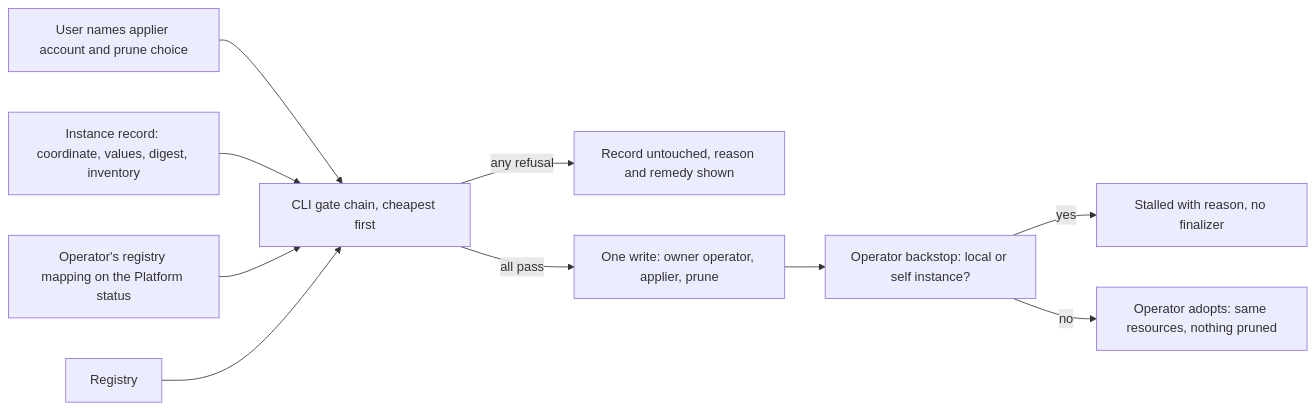
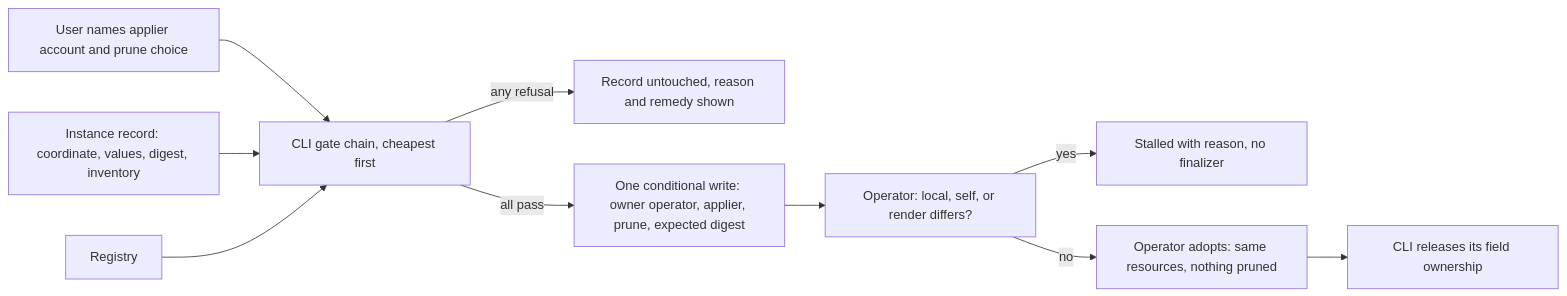
The diagram in 0029/README.md (open-platform-model/enhancements), drawn with Mermaid before and after one commit. The commit also changed other lines of this file and 9 other files, not shown here.

````diff
--- a/0029/README.md
+++ b/0029/README.md
@@ -30,12 +32,12 @@
 ```mermaid
 flowchart LR
     user["User names applier account and prune choice"] --> gates
     record["Instance record: coordinate, values, digest, inventory"] --> gates
-    report["Operator's registry mapping on the Platform status"] --> gates
     registry["Registry"] --> gates
     gates["CLI gate chain, cheapest first"] -->|"any refusal"| untouched["Record untouched, reason and remedy shown"]
-    gates -->|"all pass"| write["One write: owner operator, applier, prune"]
-    write --> backstop["Operator backstop: local or self instance?"]
+    gates -->|"all pass"| write["One conditional write: owner operator, applier, prune, expected digest"]
+    write --> backstop["Operator: local, self, or render differs?"]
     backstop -->|"yes"| stalled["Stalled with reason, no finalizer"]
     backstop -->|"no"| adopt["Operator adopts: same resources, nothing pruned"]
+    adopt --> release["CLI releases its field ownership"]
 ```
````
